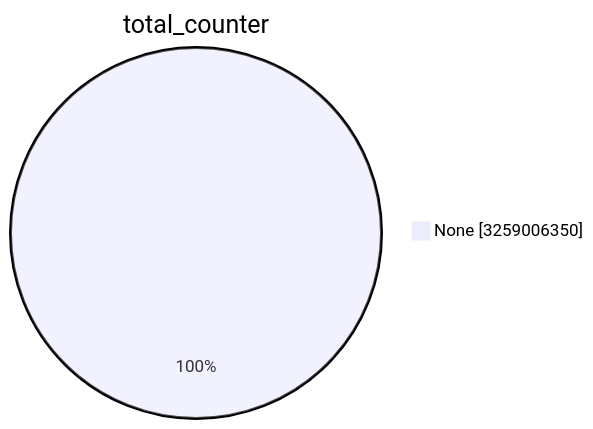
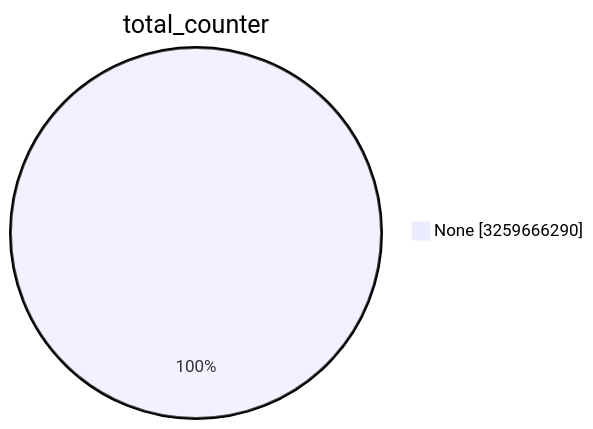
One commit to christiankrug/ctmonitor_visualization changed the first of 15 diagrams in TOTAL/README.md. Above: the diagram before and after it, drawn with Mermaid. The commit also changed other lines of this file, not shown here.

````diff
--- a/TOTAL/README.md
+++ b/TOTAL/README.md
@@ -1,5 +1,5 @@
 ```mermaid
 pie showData
 title total_counter
-"None" :3259006350
+"None" :3259666290
 ```
````
